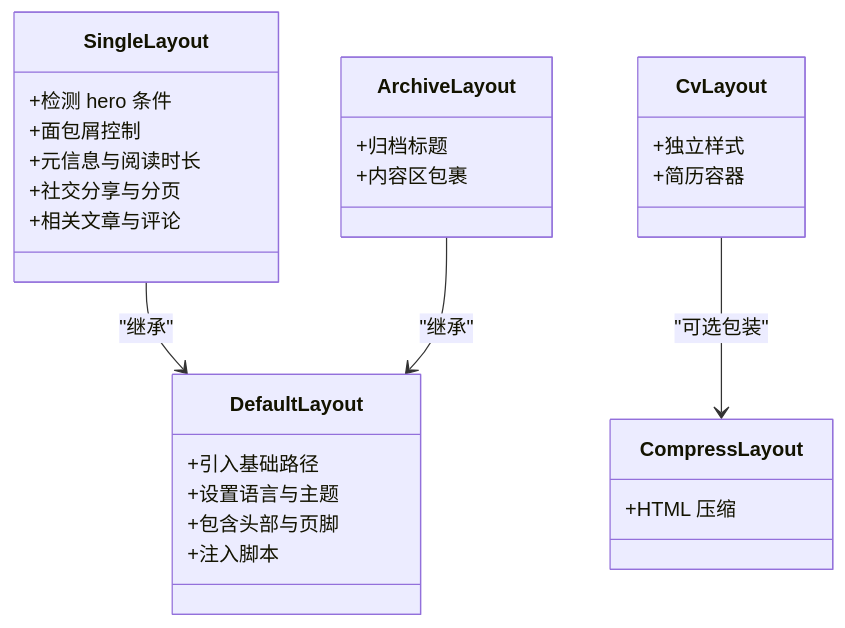
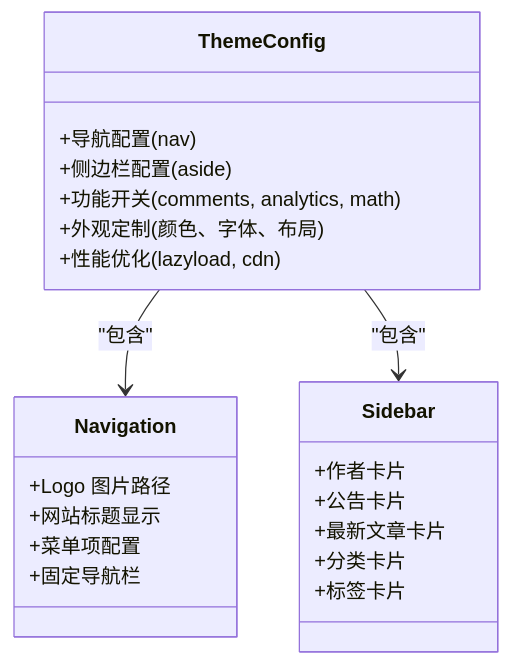
One commit to CoolPig0720/CoolPig0720.github.io changed the third of 6 diagrams in .qoder/repowiki/zh/content/页面布局和模板系统/页面布局和模板系统.md. Above: the diagram before and after it, drawn with Mermaid. The commit also changed other lines of this file and 36 other files, not shown here.

````diff
--- a/.qoder/repowiki/zh/content/页面布局和模板系统/页面布局和模板系统.md
+++ b/.qoder/repowiki/zh/content/页面布局和模板系统/页面布局和模板系统.md
@@ -176,30 +118,25 @@
 ```mermaid
 classDiagram
-class DefaultLayout {
-+引入基础路径
-+设置语言与主题
-+包含头部与页脚
-+注入脚本
+class ThemeConfig {
++导航配置(nav)
++侧边栏配置(aside)
++功能开关(comments, analytics, math)
++外观定制(颜色、字体、布局)
++性能优化(lazyload, cdn)
 }
-class SingleLayout {
-+检测 hero 条件
-+面包屑控制
-+元信息与阅读时长
-+社交分享与分页
-+相关文章与评论
+class Navigation {
++Logo 图片路径
++网站标题显示
++菜单项配置
++固定导航栏
 }
-class ArchiveLayout {
-+归档标题
-+内容区包裹
+class Sidebar {
++作者卡片
++公告卡片
++最新文章卡片
++分类卡片
++标签卡片
 }
-class CvLayout {
-+独立样式
-+简历容器
-}
-class CompressLayout {
-+HTML 压缩
-}
-SingleLayout --> DefaultLayout : "继承"
-ArchiveLayout --> DefaultLayout : "继承"
-CvLayout --> CompressLayout : "可选包装"
+ThemeConfig --> Navigation : "包含"
+ThemeConfig --> Sidebar : "包含"
 ```
````
